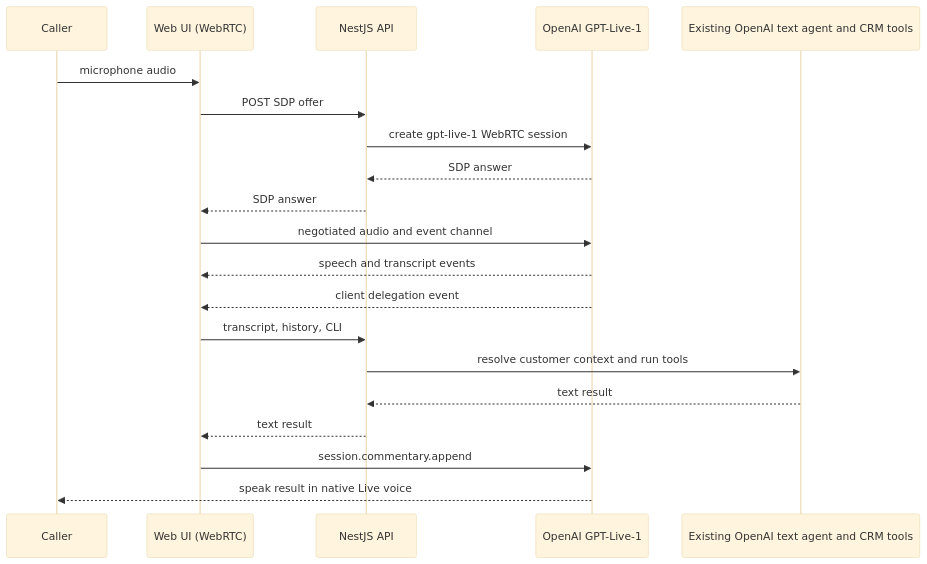
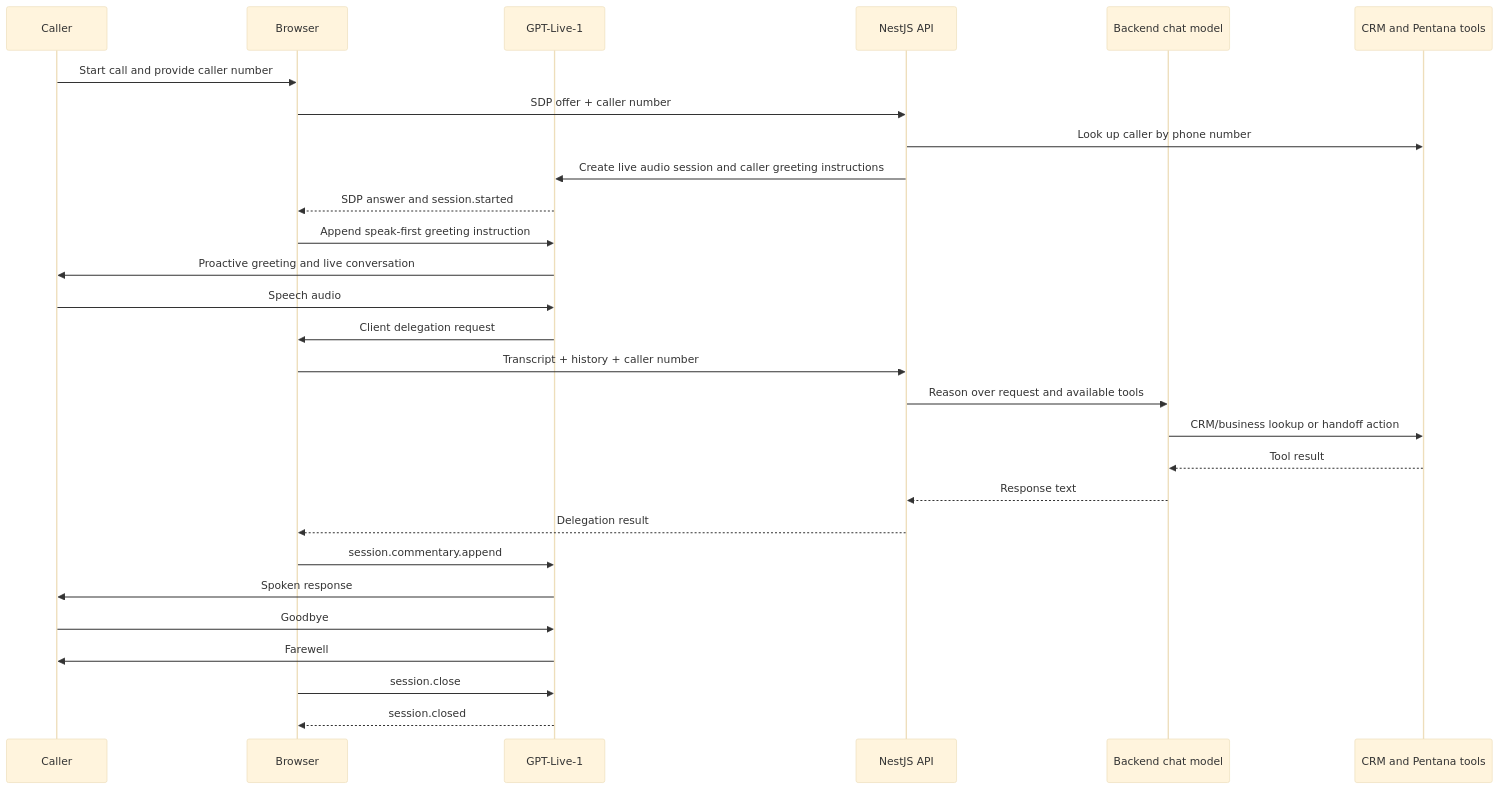
Before and after one commit to macworldgithub/purnell: the diagram in docs/voice-agent-architecture.md, drawn with Mermaid (base theme). The commit also changed other lines of this file and 20 other files, not shown here.

````diff
--- a/docs/voice-agent-architecture.md
+++ b/docs/voice-agent-architecture.md
@@ -70,22 +29,30 @@
-~~~mermaid
+```mermaid
 sequenceDiagram
     participant Caller
-    participant Browser as Web UI (WebRTC)
-    participant Server as NestJS API
-    participant Live as OpenAI GPT-Live-1
-    participant Agent as Existing OpenAI text agent and CRM tools
-    Caller->>Browser: microphone audio
-    Browser->>Server: POST SDP offer
-    Server->>Live: create gpt-live-1 WebRTC session
-    Live-->>Server: SDP answer
-    Server-->>Browser: SDP answer
-    Browser->>Live: negotiated audio and event channel
-    Live-->>Browser: speech and transcript events
-    Live-->>Browser: client delegation event
-    Browser->>Server: transcript, history, CLI
-    Server->>Agent: resolve customer context and run tools
-    Agent-->>Server: text result
-    Server-->>Browser: text result
+    participant Browser
+    participant Live as GPT-Live-1
+    participant API as NestJS API
+    participant Brain as Backend chat model
+    participant Tools as CRM and Pentana tools
+    Caller->>Browser: Start call and provide caller number
+    Browser->>API: SDP offer + caller number
+    API->>Tools: Look up caller by phone number
+    API->>Live: Create live audio session and caller greeting instructions
+    Live-->>Browser: SDP answer and session.started
+    Browser->>Live: Append speak-first greeting instruction
+    Live->>Caller: Proactive greeting and live conversation
+    Caller->>Live: Speech audio
+    Live->>Browser: Client delegation request
+    Browser->>API: Transcript + history + caller number
+    API->>Brain: Reason over request and available tools
+    Brain->>Tools: CRM/business lookup or handoff action
+    Tools-->>Brain: Tool result
+    Brain-->>API: Response text
+    API-->>Browser: Delegation result
     Browser->>Live: session.commentary.append
-    Live-->>Caller: speak result in native Live voice
-~~~
+    Live->>Caller: Spoken response
+    Caller->>Live: Goodbye
+    Live->>Caller: Farewell
+    Browser->>Live: session.close
+    Live-->>Browser: session.closed
+```
````
